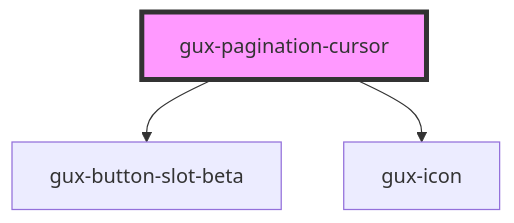
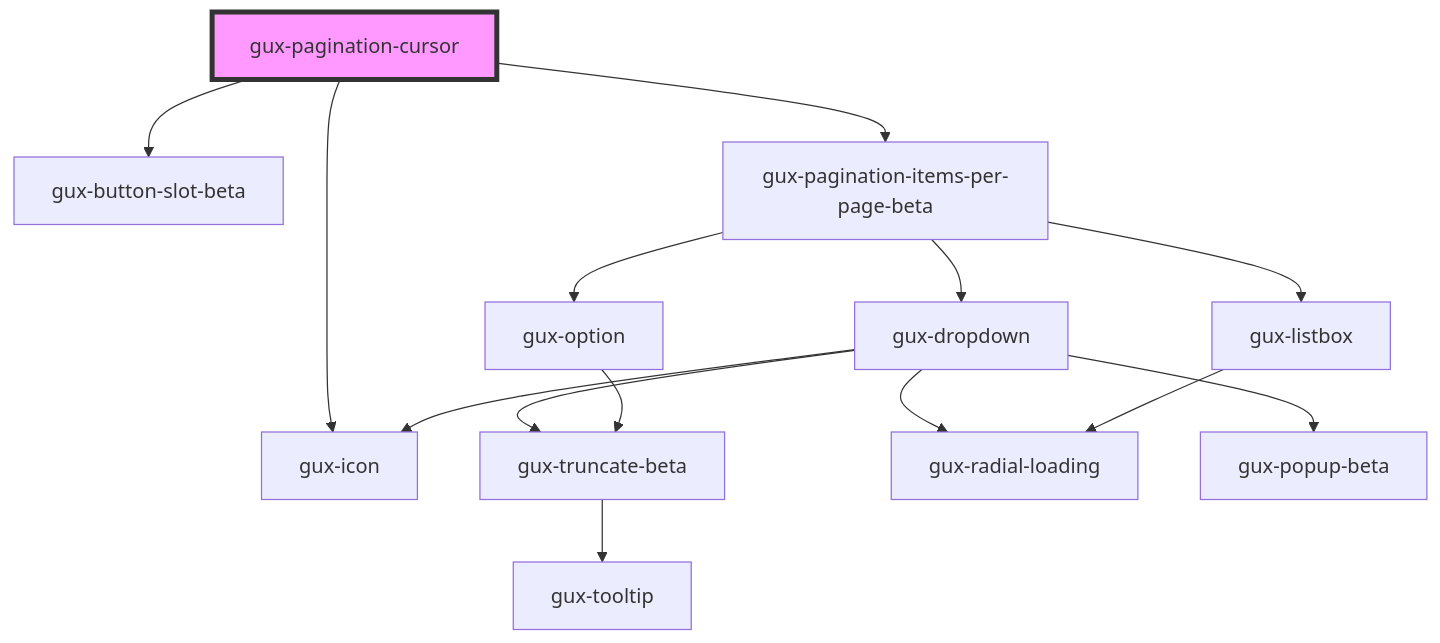
Before and after one commit to MyPureCloud/genesys-spark: the diagram in packages/genesys-spark-components/src/components/stable/gux-pagination-cursor/readme.md, drawn with Mermaid. The commit also changed other lines of this file and 4 other files, not shown here.

Commit message:
feat(pagination-cursor): updating design with two layouts and optional items per page dropdown

````diff
--- a/packages/genesys-spark-components/src/components/stable/gux-pagination-cursor/readme.md
+++ b/packages/genesys-spark-components/src/components/stable/gux-pagination-cursor/readme.md
@@ -31,6 +35,17 @@
 ```mermaid
 graph TD;
   gux-pagination-cursor --> gux-button-slot-beta
   gux-pagination-cursor --> gux-icon
+  gux-pagination-cursor --> gux-pagination-items-per-page-beta
+  gux-pagination-items-per-page-beta --> gux-dropdown
+  gux-pagination-items-per-page-beta --> gux-listbox
+  gux-pagination-items-per-page-beta --> gux-option
+  gux-dropdown --> gux-truncate-beta
+  gux-dropdown --> gux-icon
+  gux-dropdown --> gux-radial-loading
+  gux-dropdown --> gux-popup-beta
+  gux-truncate-beta --> gux-tooltip
+  gux-listbox --> gux-radial-loading
+  gux-option --> gux-truncate-beta
   style gux-pagination-cursor fill:#f9f,stroke:#333,stroke-width:4px
 ```
````
